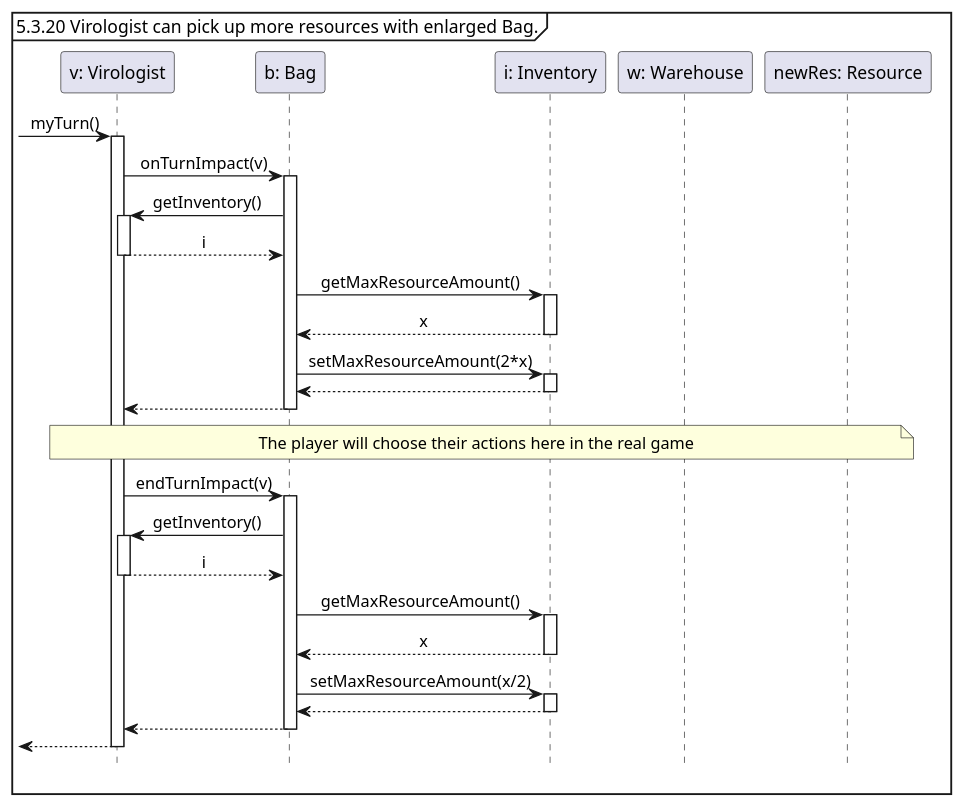
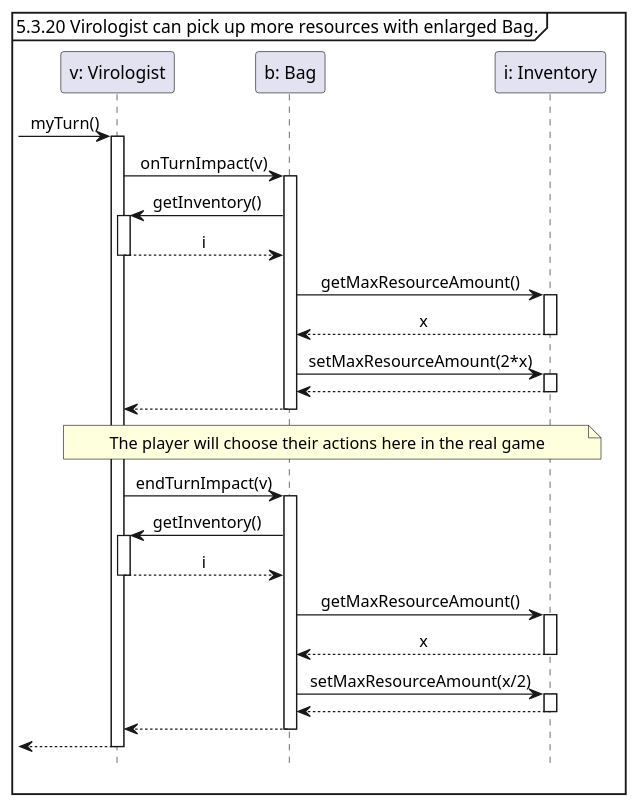
Before and after one commit to Tschonti/503-service-unavailable: the diagram in docs/testCases/sequences/bagAllImpact.puml, drawn with PlantUML. The commit also changed 4 other files, not shown here.

```diff
--- a/docs/testCases/sequences/bagAllImpact.puml
+++ b/docs/testCases/sequences/bagAllImpact.puml
@@ -1,35 +1,34 @@
 @startuml
 'https://plantuml.com/sequence-diagram
 hide footbox
 skinparam sequenceMessageAlign center
 
 mainframe 5.3.20 Virologist can pick up more resources with enlarged Bag.
 
 participant "v: Virologist" as v
 participant "b: Bag" as b
 participant "i: Inventory" as i
-participant "w: Warehouse" as w
-participant "newRes: Resource" as newRes
+'#Todo itt voltak változások, meg a komm diagrammon is kéne
 
 -> v ++ : myTurn()
     v -> b ++ : onTurnImpact(v)
         b -> v ++ : getInventory()
         return i
         b -> i ++ : getMaxResourceAmount()
         return x
         b -> i ++ : setMaxResourceAmount(2*x)
         return
     return
 
     note across : The player will choose their actions here in the real game
 
     v -> b ++ : endTurnImpact(v)
             b -> v ++ : getInventory()
             return i
             b -> i ++ : getMaxResourceAmount()
             return x
             b -> i ++ : setMaxResourceAmount(x/2)
             return
         return
 return
 @enduml
```
